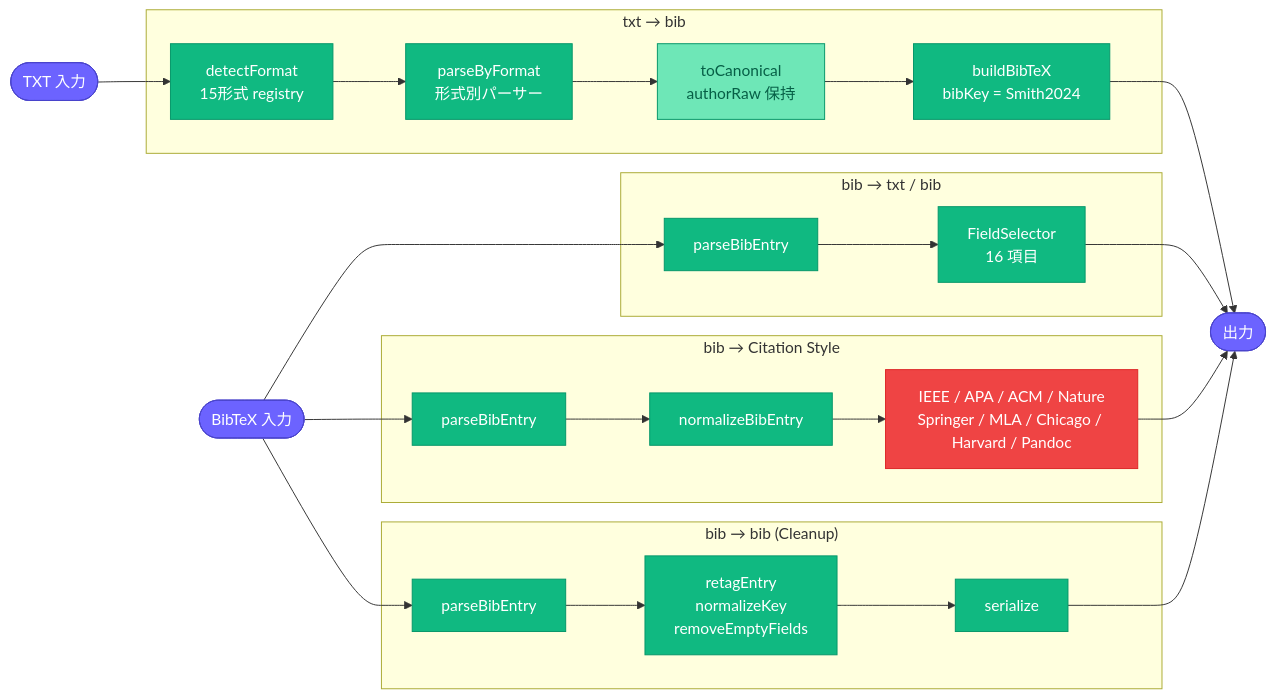
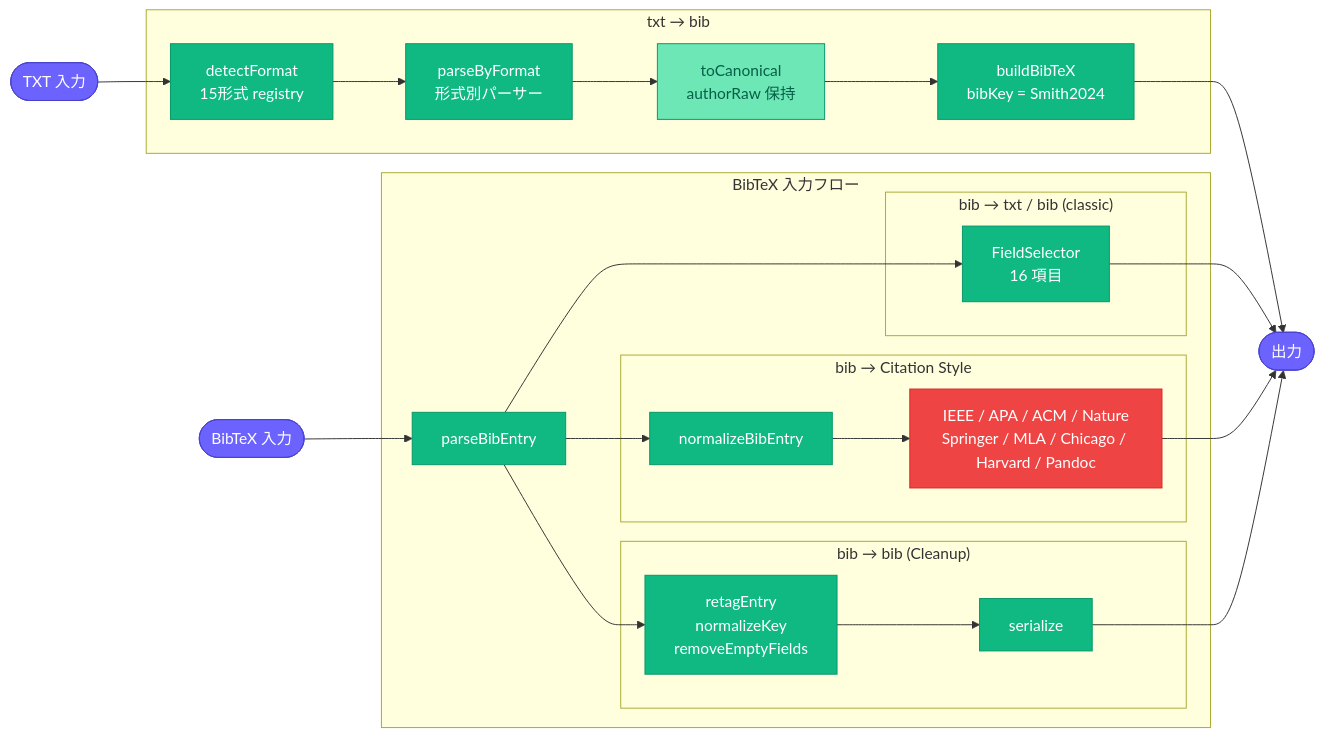
One commit to Axe0320/citation-bibtex-converter changed the second of 2 diagrams in README.md. Above: the diagram before and after it, drawn with Mermaid.

Commit message:
docs: simplify engine detail diagram — consolidate BibTeX input flow
Remove standalone bib->txt/bib subgraph (B was only 2 nodes).
Group all BibTeX paths under single parseBibEntry entry point,
branching into classic / Citation Style / Cleanup sub-paths.
Eliminates parseBibEntry repetition across 3 subgraphs.

````diff
--- a/README.md
+++ b/README.md
@@ -108,45 +108,46 @@
 ```mermaid
 flowchart LR
     classDef mod   fill:#10B981,color:#fff,stroke:#059669
     classDef canon fill:#6EE7B7,color:#065F46,stroke:#059669
     classDef fmt   fill:#EF4444,color:#fff,stroke:#DC2626
     classDef io    fill:#6C63FF,color:#fff,stroke:#4a44cc
 
     TI([TXT 入力]):::io
     BI([BibTeX 入力]):::io
     OUT([出力]):::io
 
     subgraph A["txt → bib"]
         A1[detectFormat\n15形式 registry]:::mod
         A2[parseByFormat\n形式別パーサー]:::mod
         A3[toCanonical\nauthorRaw 保持]:::canon
         A4["buildBibTeX\nbibKey = Smith2024"]:::mod
         A1 --> A2 --> A3 --> A4
     end
 
-    subgraph B["bib → txt / bib"]
-        B1[parseBibEntry]:::mod
-        B2[FieldSelector\n16 項目]:::mod
-        B1 --> B2
-    end
-
-    subgraph C["bib → Citation Style"]
-        C1[parseBibEntry]:::mod
-        C2[normalizeBibEntry]:::mod
-        C3["IEEE / APA / ACM / Nature\nSpringer / MLA / Chicago / Harvard / Pandoc"]:::fmt
-        C1 --> C2 --> C3
-    end
-
-    subgraph D["bib → bib (Cleanup)"]
-        D1[parseBibEntry]:::mod
-        D2["retagEntry\nnormalizeKey\nremoveEmptyFields"]:::mod
-        D3[serialize]:::mod
-        D1 --> D2 --> D3
+    subgraph B["BibTeX 入力フロー"]
+        B0[parseBibEntry]:::mod
+        subgraph B1["bib → txt / bib (classic)"]
+            B1a[FieldSelector\n16 項目]:::mod
+        end
+        subgraph B2["bib → Citation Style"]
+            B2a[normalizeBibEntry]:::mod
+            B2b["IEEE / APA / ACM / Nature\nSpringer / MLA / Chicago / Harvard / Pandoc"]:::fmt
+            B2a --> B2b
+        end
+        subgraph B3["bib → bib (Cleanup)"]
+            B3a["retagEntry\nnormalizeKey\nremoveEmptyFields"]:::mod
+            B3b[serialize]:::mod
+            B3a --> B3b
+        end
+        B0 --> B1a
+        B0 --> B2a
+        B0 --> B3a
     end
 
     TI --> A1
-    BI --> B1
-    BI --> C1
-    BI --> D1
-    A4 & B2 & C3 & D3 --> OUT
+    BI --> B0
+    A4 --> OUT
+    B1a --> OUT
+    B2b --> OUT
+    B3b --> OUT
 ```
````
